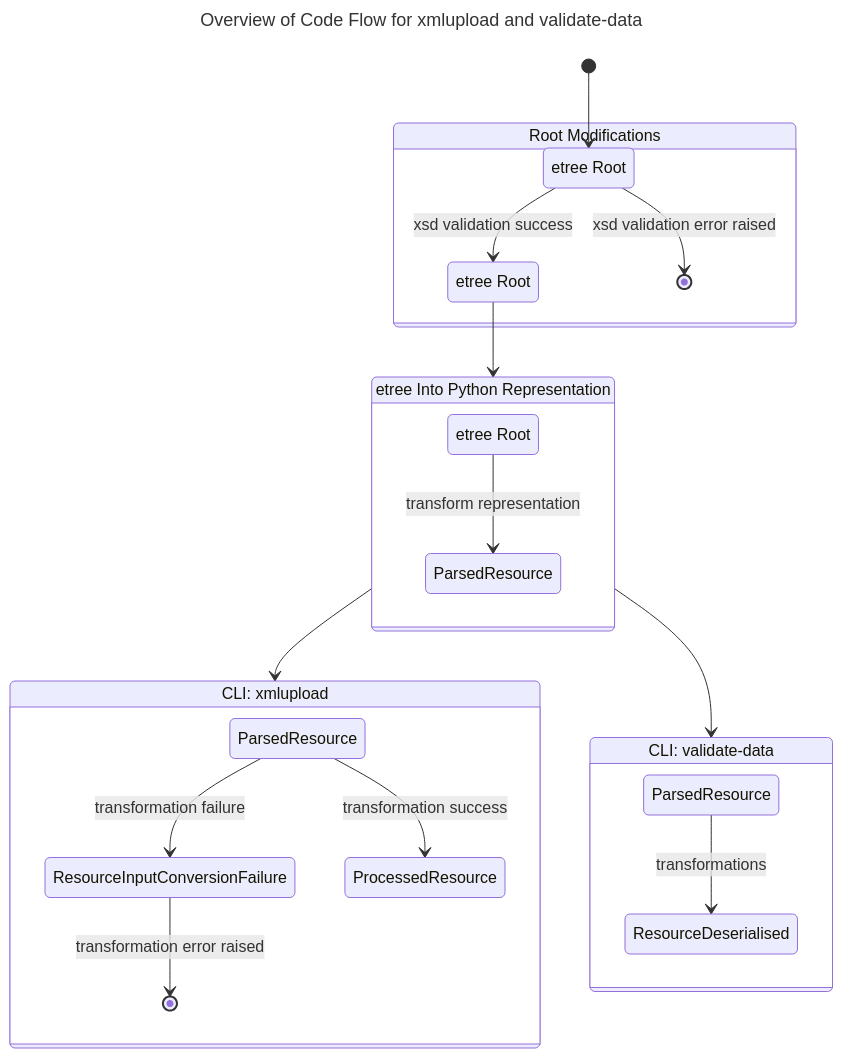
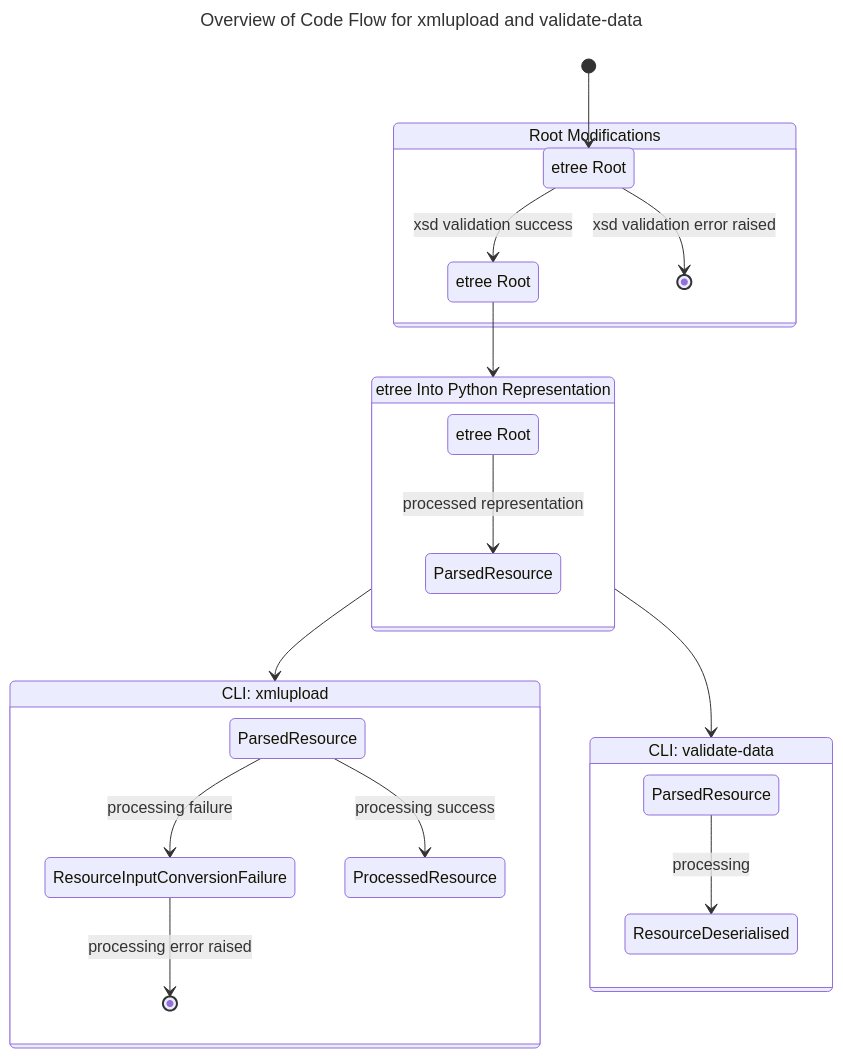
One commit to dasch-swiss/dsp-tools changed the first of 3 diagrams in docs/developers/architecture.md. Above: the diagram before and after it, drawn with Mermaid. The commit also changed other lines of this file, not shown here.

````diff
--- a/docs/developers/architecture.md
+++ b/docs/developers/architecture.md
@@ -7,38 +7,38 @@
 ```mermaid
 ---
 title: Overview of Code Flow for xmlupload and validate-data
 ---
 stateDiagram-v2
 
 state "etree Root" as eroot1
 state "etree Root" as eroot2
 state "etree Root" as eroot3
 state "Root Modifications" as rootwork
 state "etree Into Python Representation" as pywork
-state "CLI: xmlupload" as transform
+state "CLI: xmlupload" as processed
 state "ParsedResource" as parsedres1
 state "ParsedResource" as parsedres2
 state "ParsedResource" as parsedres3
 state "ProcessedResource" as Processedres
 state "CLI: validate-data" as valdata
 
 [*]-->eroot1
 state rootwork {
     eroot1-->eroot2: xsd validation success
     eroot1-->[*]: xsd validation error raised
 }
 eroot2-->pywork
 state pywork {
-    eroot3-->parsedres1: transform representation
+    eroot3-->parsedres1: processed representation
 }
-pywork-->transform
-state transform {
-    ResourceInputConversionFailure-->[*]: transformation error raised
-    parsedres2-->Processedres: transformation success
-    parsedres2-->ResourceInputConversionFailure: transformation failure
+pywork-->processed
+state processed {
+    ResourceInputConversionFailure-->[*]: processing error raised
+    parsedres2-->Processedres: processing success
+    parsedres2-->ResourceInputConversionFailure: processing failure
 }
 pywork-->valdata
 state valdata {
-    parsedres3-->ResourceDeserialised: transformations
+    parsedres3-->ResourceDeserialised: processing
 }
 ```
````
